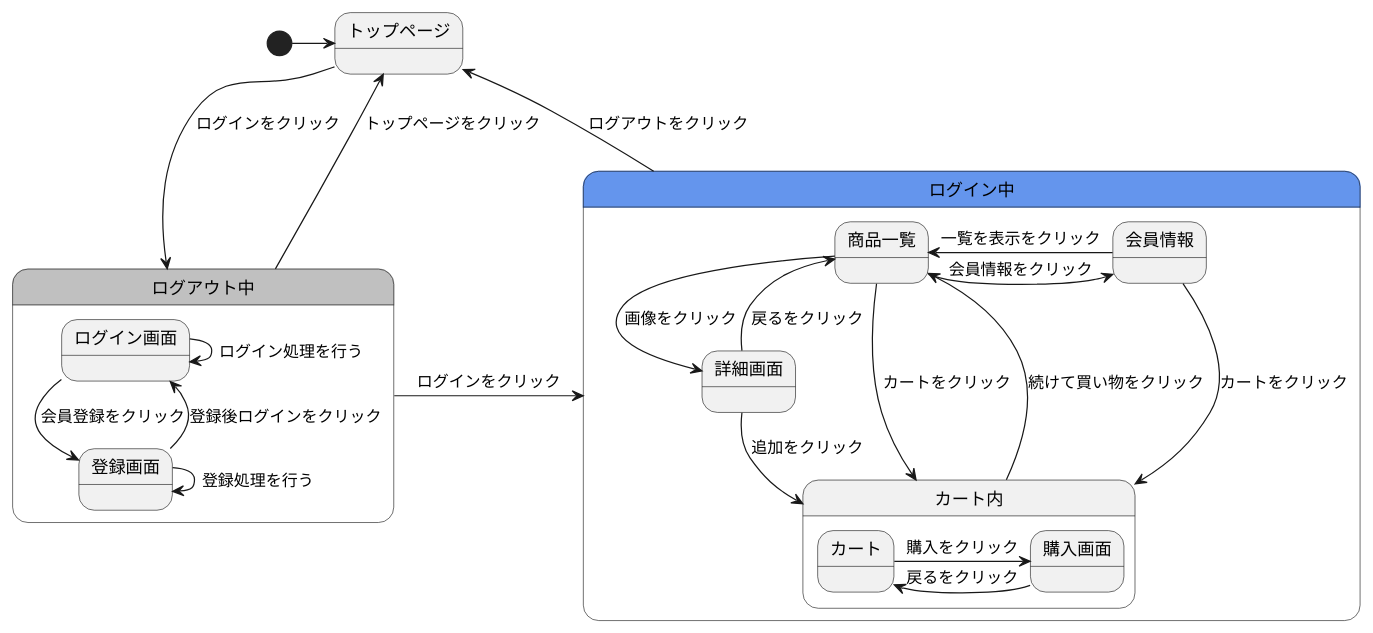
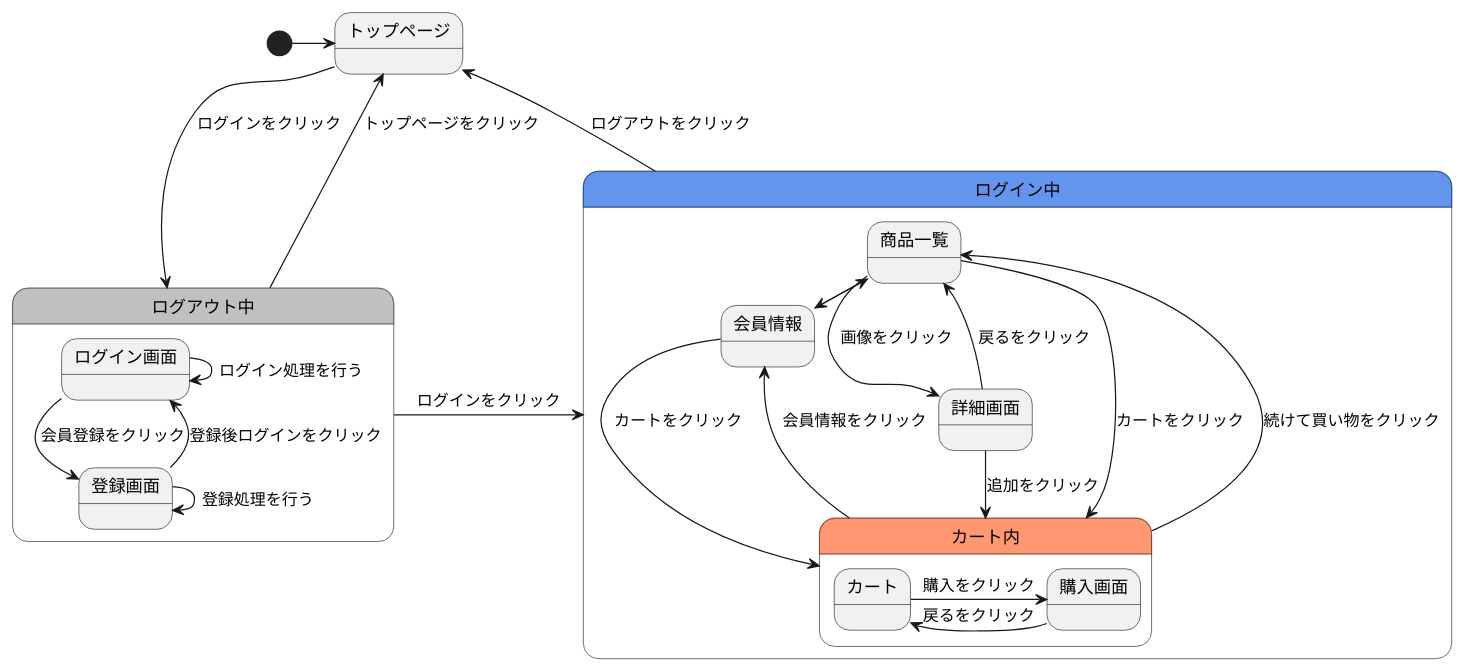
Before and after one commit to Aso2001409/2021sys-design: the diagram in gamen2.md, drawn with PlantUML.

````diff
--- a/gamen2.md
+++ b/gamen2.md
@@ -1,29 +1,30 @@
 ```uml
 @startuml
 [*]->トップページ
 トップページ-->ログアウト中 :ログインをクリック
 ログアウト中->トップページ :トップページをクリック
 ログイン中->トップページ : ログアウトをクリック
 state ログアウト中 #C0C0C0{
   ログイン画面-->登録画面 :会員登録をクリック
   ログイン画面->ログイン画面 :ログイン処理を行う
   登録画面->登録画面 :登録処理を行う
   登録画面--> ログイン画面 :登録後ログインをクリック
 }
 ログアウト中->ログイン中 :ログインをクリック
 state ログイン中 #6495ED{
   商品一覧-->詳細画面 :画像をクリック
   商品一覧--->カート内 :カートをクリック
   商品一覧->会員情報 :会員情報をクリック
   詳細画面->商品一覧 :戻るをクリック
   詳細画面->カート内 :追加をクリック
   会員情報->商品一覧 :一覧を表示をクリック
   会員情報->カート内 :カートをクリック
-  state カート内{
+  state カート内 #FF9872{
     カート->購入画面 :購入をクリック
     購入画面->カート :戻るをクリック
     }  
   カート内->商品一覧 :続けて買い物をクリック
+  カート内->会員情報 :会員情報をクリック
   }
 @enduml
 ```
````
